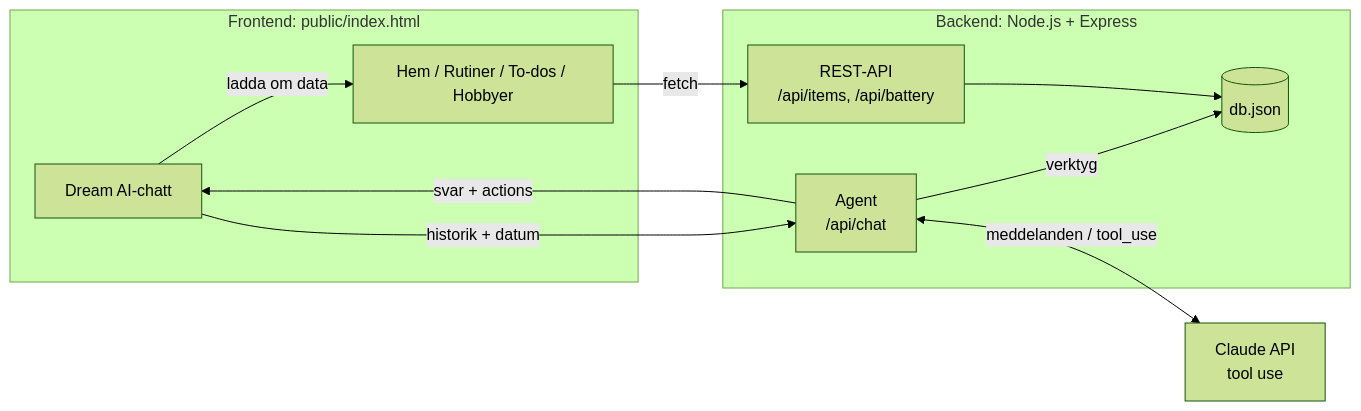
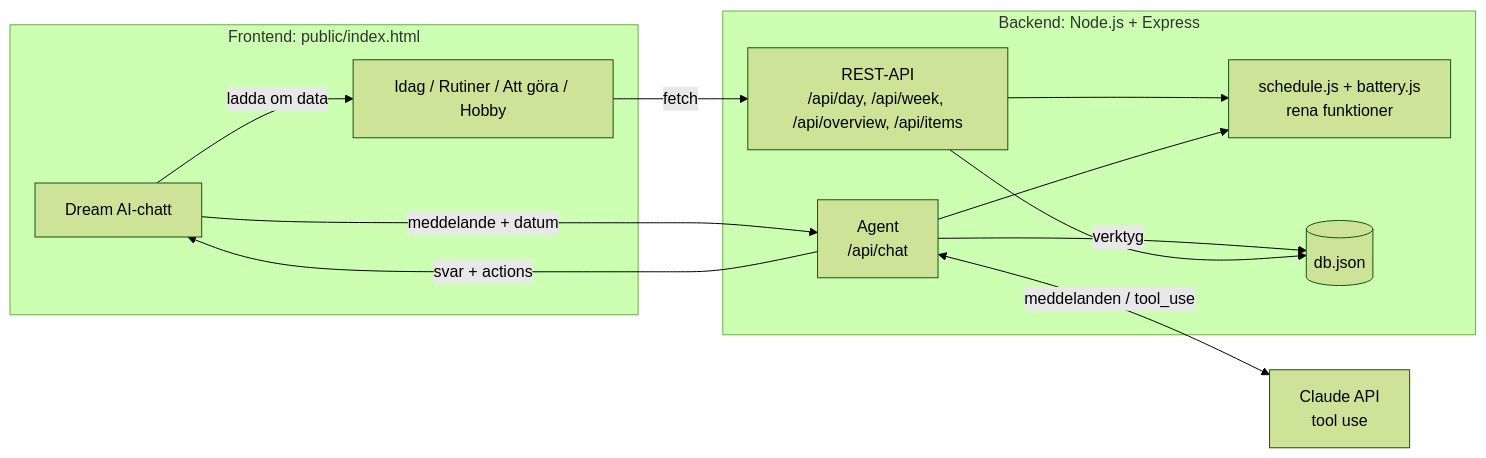
Before and after one commit to AJex-21/Dream-AI: the first of 2 diagrams in docs/arkitektur.md, drawn with Mermaid (forest theme). The commit also changed other lines of this file and 14 other files, not shown here.

````diff
--- a/docs/arkitektur.md
+++ b/docs/arkitektur.md
@@ -5,21 +5,24 @@
 ```mermaid
 flowchart LR
   subgraph Mobil-UI [Frontend: public/index.html]
-    UI[Hem / Rutiner / To-dos / Hobbyer]
+    UI[Idag / Rutiner / Att göra / Hobby]
     CHAT[Dream AI-chatt]
   end
   subgraph Server [Backend: Node.js + Express]
-    REST[REST-API<br>/api/items, /api/battery]
+    REST[REST-API<br>/api/day, /api/week, /api/overview, /api/items]
     AG[Agent<br>/api/chat]
+    LOGIC[schedule.js + battery.js<br>rena funktioner]
     DB[(db.json)]
   end
   LLM[Claude API<br>tool use]
 
   UI -- fetch --> REST
-  CHAT -- historik + datum --> AG
+  CHAT -- meddelande + datum --> AG
   AG <-- meddelanden / tool_use --> LLM
   AG -- verktyg --> DB
   REST --> DB
+  REST --> LOGIC
+  AG --> LOGIC
   AG -- svar + actions --> CHAT
   CHAT -- ladda om data --> UI
 ```
````
